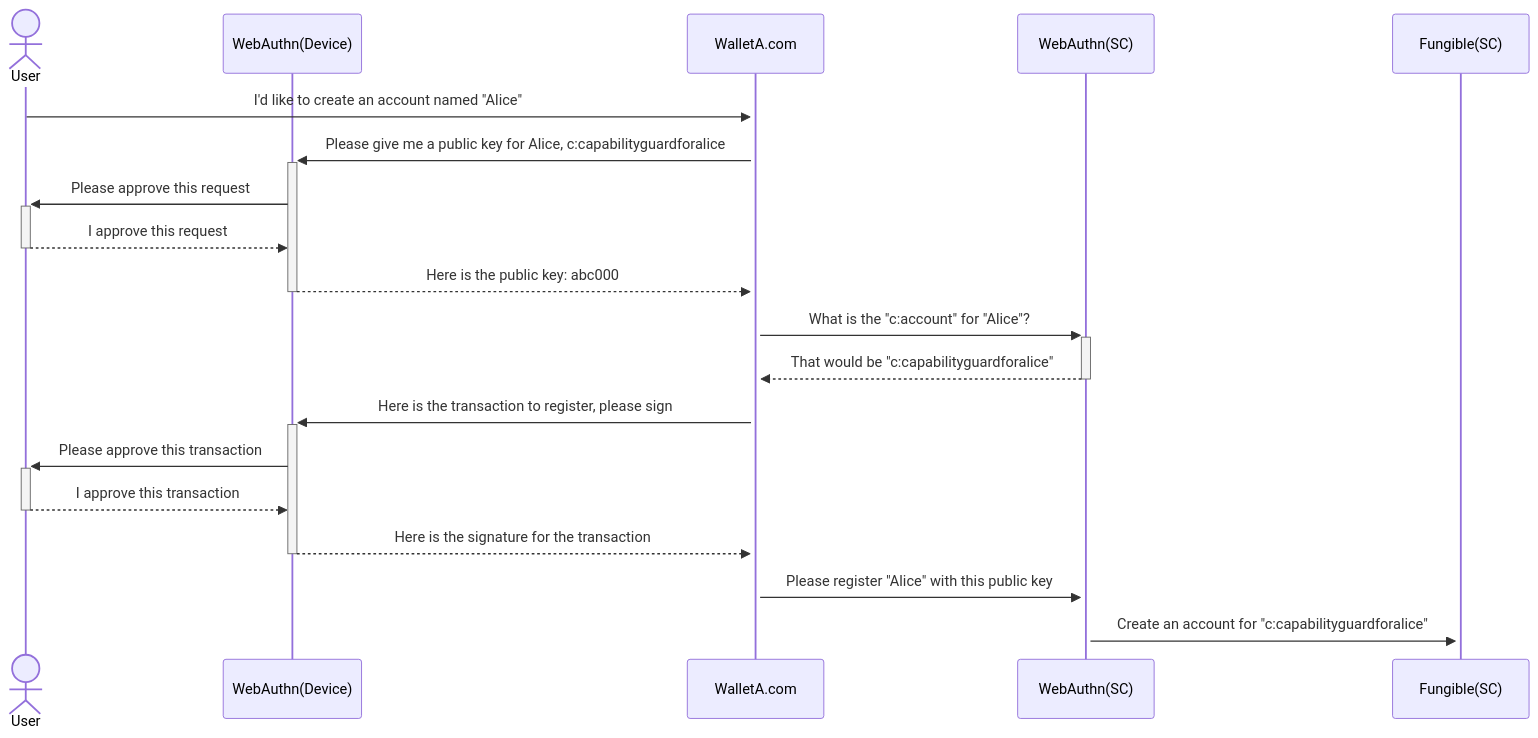
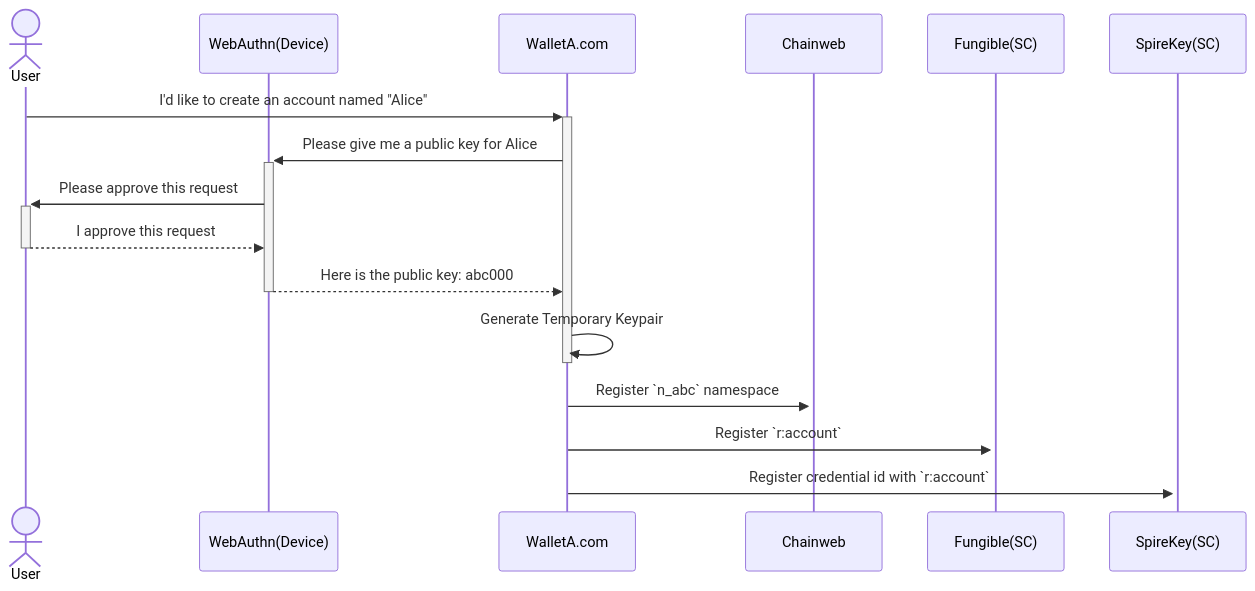
Before and after one commit to kadena-community/spirekey: the first of 4 diagrams in docs/KIP-0023/KIP-0023.md, drawn with Mermaid. The commit also changed other lines of this file, not shown here.

Commit message:
Update KIP 23 with `r:account` spec

````diff
--- a/docs/KIP-0023/KIP-0023.md
+++ b/docs/KIP-0023/KIP-0023.md
@@ -348,22 +265,19 @@
 ```mermaid
 sequenceDiagram
   actor User
   participant WebAuthn(Device)
   participant WalletA.com
-  participant WebAuthn(SC)
+  participant Chainweb
   participant Fungible(SC)
+  participant SpireKey(SC)
 
   User->>+WalletA.com: I'd like to create an account named "Alice"
-  WalletA.com->>+WebAuthn(Device): Please give me a public key for Alice, c:capabilityguardforalice
+  WalletA.com->>+WebAuthn(Device): Please give me a public key for Alice
   WebAuthn(Device)->>+User: Please approve this request
   User-->>-WebAuthn(Device): I approve this request
   WebAuthn(Device)-->>-WalletA.com: Here is the public key: abc000
-  WalletA.com->>+WebAuthn(SC): What is the "c:account" for "Alice"?
-  WebAuthn(SC)-->>-WalletA.com: That would be "c:capabilityguardforalice"
-  WalletA.com->>+WebAuthn(Device): Here is the transaction to register, please sign
-  WebAuthn(Device)->>+User: Please approve this transaction
-  User-->>-WebAuthn(Device): I approve this transaction
-  WebAuthn(Device)-->>-WalletA.com: Here is the signature for the transaction
-  WalletA.com->>+WebAuthn(SC): Please register "Alice" with this public key
-  WebAuthn(SC)->>+Fungible(SC): Create an account for "c:capabilityguardforalice"
+  WalletA.com->>-WalletA.com: Generate Temporary Keypair
+  WalletA.com->>+Chainweb: Register `n_abc` namespace
+  WalletA.com->>+Fungible(SC): Register `r:account`
+  WalletA.com->>+SpireKey(SC): Register credential id with `r:account`
 ```
````
